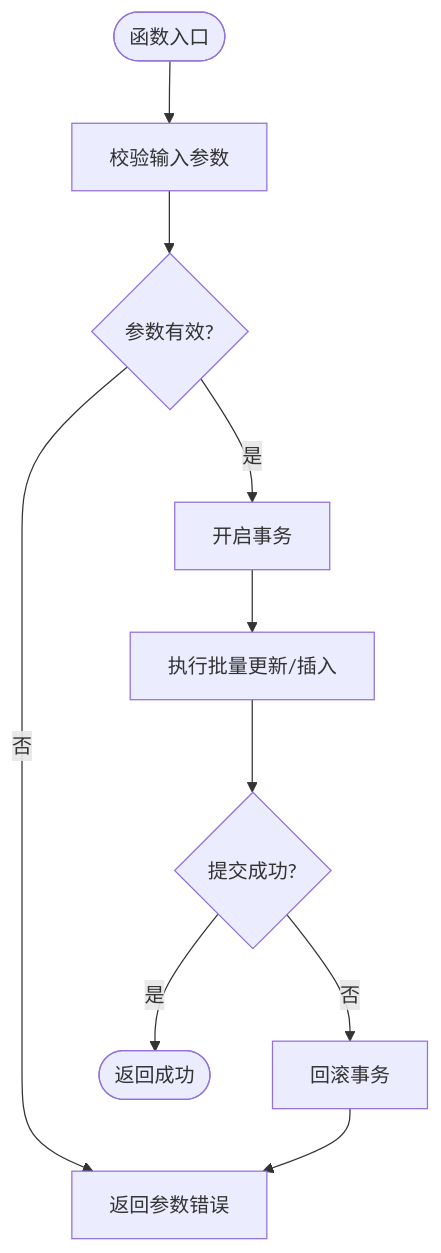
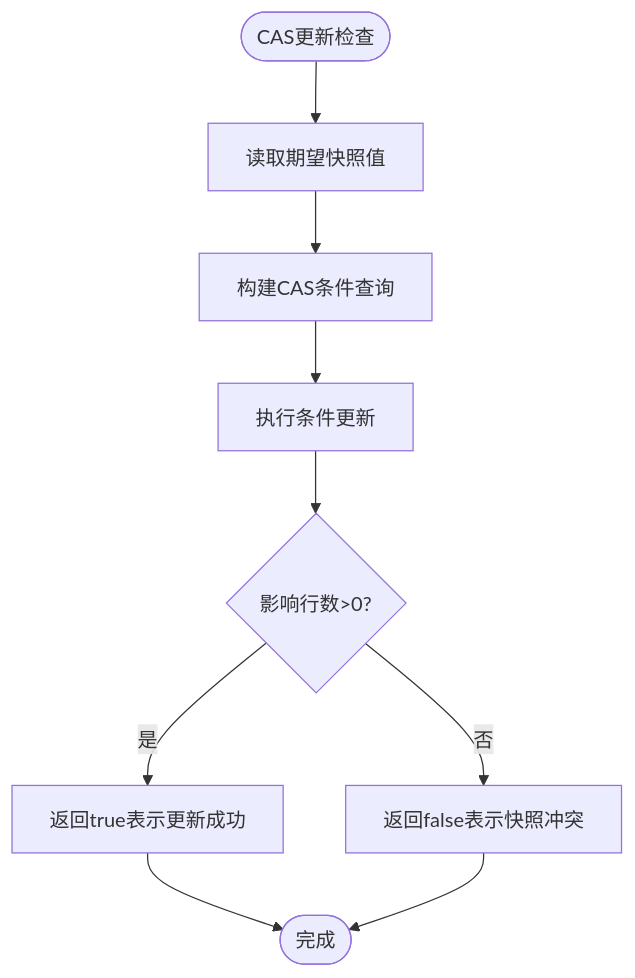
One commit to ZhangGHGitHub/LegadoTeamFlutter changed the fourth of 7 diagrams in .qoder/repowiki/zh/content/Rust核心库/数据库层/Repository模式实现.md. Above: the diagram before and after it, drawn with Mermaid. The commit also changed other lines of this file and 173 other files, not shown here.

````diff
--- a/.qoder/repowiki/zh/content/Rust核心库/数据库层/Repository模式实现.md
+++ b/.qoder/repowiki/zh/content/Rust核心库/数据库层/Repository模式实现.md
@@ -235,12 +293,11 @@
 ```mermaid
 flowchart TD
-Start(["函数入口"]) --> Validate["校验输入参数"]
-Validate --> Valid{"参数有效?"}
-Valid --> |否| ReturnErr["返回参数错误"]
-Valid --> |是| BeginTx["开启事务"]
-BeginTx --> BatchOp["执行批量更新/插入"]
-BatchOp --> Commit{"提交成功?"}
-Commit --> |否| Rollback["回滚事务"]
-Rollback --> ReturnErr
-Commit --> |是| End(["返回成功"])
+Start(["CAS更新检查"]) --> ReadSnapshot["读取期望快照值"]
+ReadSnapshot --> BuildQuery["构建CAS条件查询"]
+BuildQuery --> ExecuteUpdate["执行条件更新"]
+ExecuteUpdate --> CheckAffected{"影响行数>0?"}
+CheckAffected --> |是| Success["返回true表示更新成功"]
+CheckAffected --> |否| Conflict["返回false表示快照冲突"]
+Success --> End(["完成"])
+Conflict --> End
 ```
````
